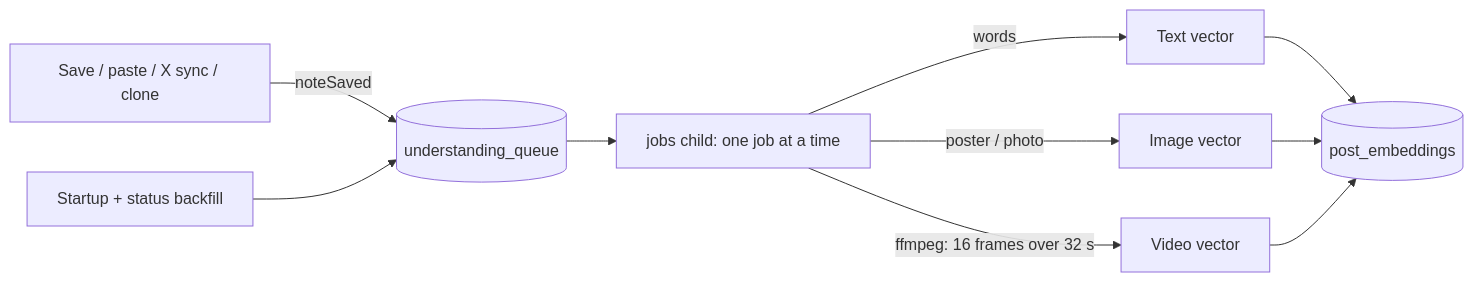
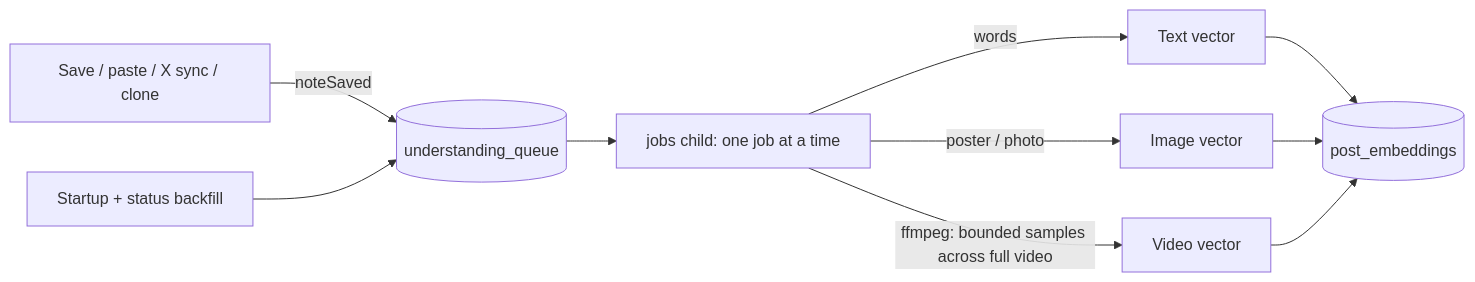
Before and after one commit to itsmemeworks/adhx: the fifth of 6 diagrams in ARCHITECTURE.md, drawn with Mermaid. The commit also changed other lines of this file and 20 other files, not shown here.

Commit message:
fix: sample across full videos with bounded inference work

````diff
--- a/ARCHITECTURE.md
+++ b/ARCHITECTURE.md
@@ -367,12 +367,12 @@
 ```mermaid
 flowchart LR
   S[Save / paste / X sync / clone] -->|noteSaved| Q[(understanding_queue)]
   B[Startup + status backfill] --> Q
   Q --> W[jobs child: one job at a time]
   W -->|words| T[Text vector]
   W -->|poster / photo| I[Image vector]
-  W -->|ffmpeg: 16 frames over 32 s| V[Video vector]
+  W -->|ffmpeg: bounded samples across full video| V[Video vector]
   T --> E[(post_embeddings)]
   I --> E
   V --> E
 ```
````
